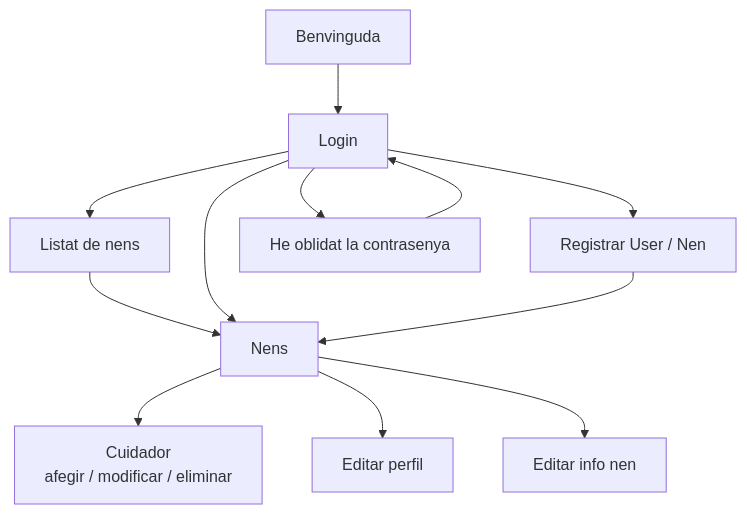
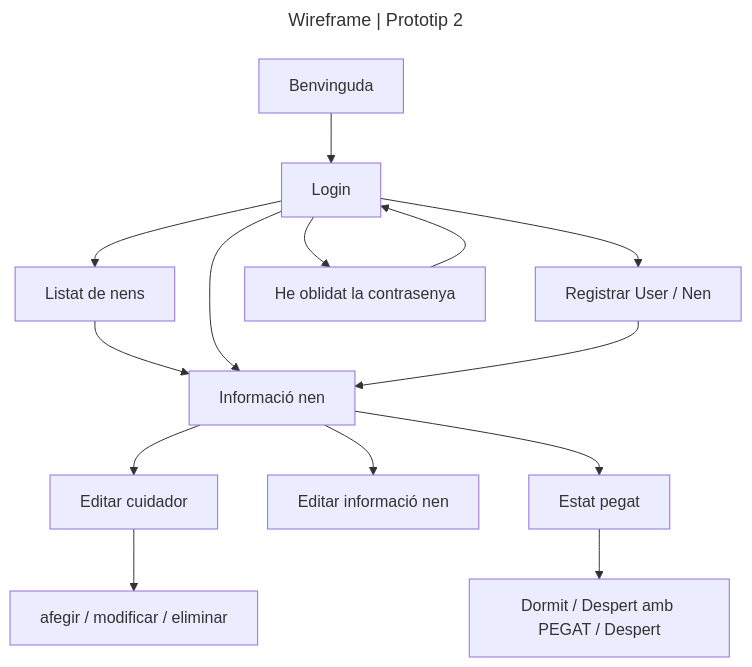
The diagram in prototip2/documentacio/wireframe_prototip2.mermaid (dnwits/TapatApp), drawn with Mermaid before and after one commit.

```diff
--- a/prototip2/documentacio/wireframe_prototip2.mermaid
+++ b/prototip2/documentacio/wireframe_prototip2.mermaid
@@ -1,12 +1,17 @@
+---
+title: Wireframe | Prototip 2
+---
 graph TD;
     A[Benvinguda] --> B[Login]
     B --> C[Listat de nens]
-    C --> D[Nens]
+    C --> D[Informació nen]
     B --> D
     B --> E[Registrar User / Nen]
     B --> F[He oblidat la contrasenya]
     F-->B
-    D --> G[Cuidador <br>afegir / modificar / eliminar]
-    D --> H[Editar perfil]
-    D --> I[Editar info nen]
+    D --> G[Editar cuidador]
+    G-->J[afegir / modificar / eliminar]
+    D --> H[Editar informació nen]
+    D --> I[Estat pegat]
     E --> D
+    I-->K[Dormit / Despert amb PEGAT / Despert]
```
